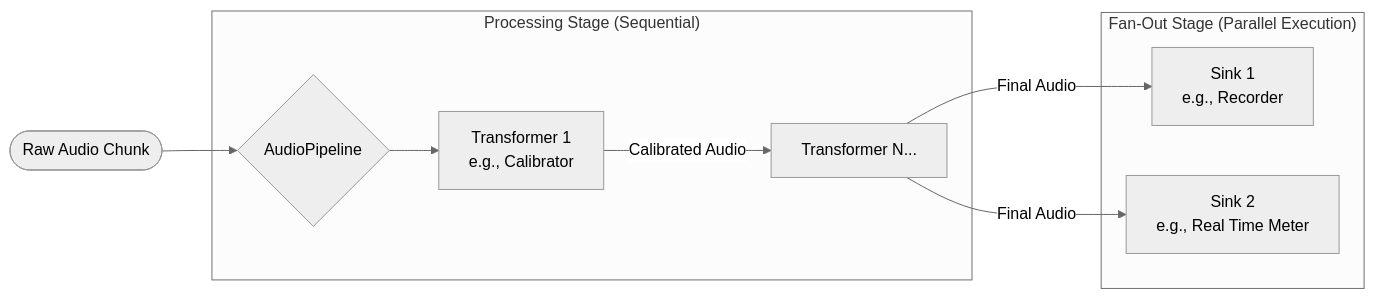
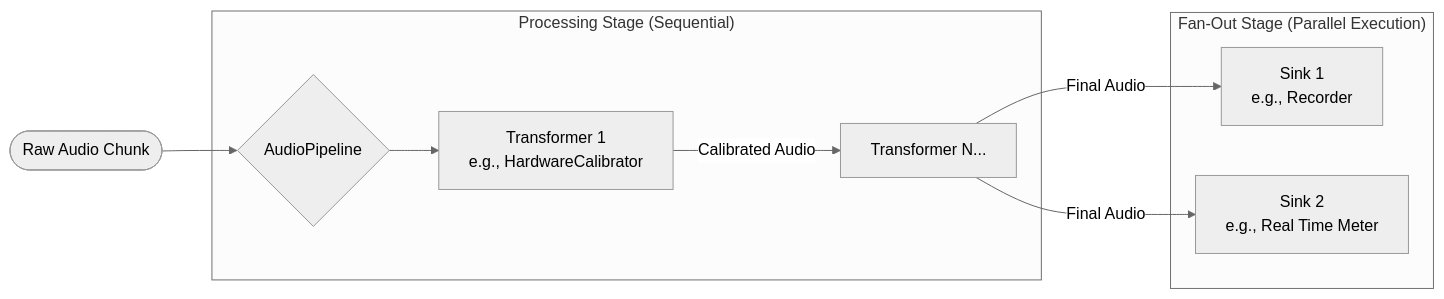
Before and after one commit to danielfcollier/py-umik-base-app: the second of 2 diagrams in docs/ARCHITECTURE.md, drawn with Mermaid (neutral theme). The commit also changed other lines of this file and 28 other files, not shown here.

````diff
--- a/docs/ARCHITECTURE.md
+++ b/docs/ARCHITECTURE.md
@@ -54,14 +54,14 @@
 ```mermaid
 graph LR
     Input([Raw Audio Chunk]) --> Pipeline{AudioPipeline}
     
     subgraph "Processing Stage (Sequential)"
-        Pipeline --> Proc1[Transformer 1<br/>e.g., Calibrator]
+        Pipeline --> Proc1[Transformer 1<br/>e.g., HardwareCalibrator]
         Proc1 -->|Calibrated Audio| Proc2[Transformer N...]
     end
     
     subgraph "Fan-Out Stage (Parallel Execution)"
         Proc2 -->|Final Audio| Sink1[Sink 1<br/>e.g., Recorder]
-        Proc2 -->|Final Audio| ink2[Sink 2<br/>e.g., Real Time Meter]
+        Proc2 -->|Final Audio| Sink2[Sink 2<br/>e.g., Real Time Meter]
     end
 ```
````
